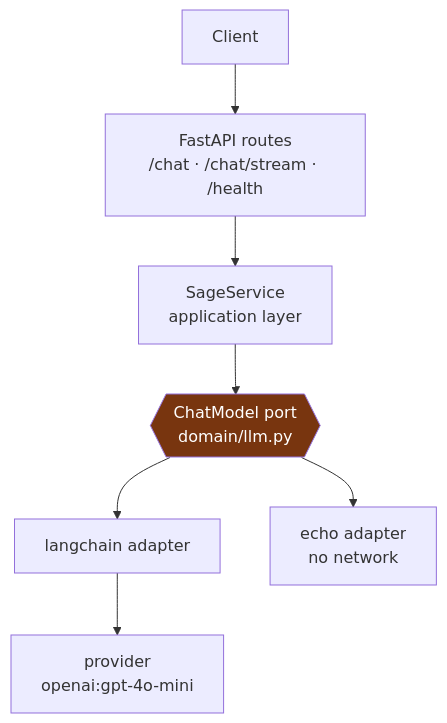
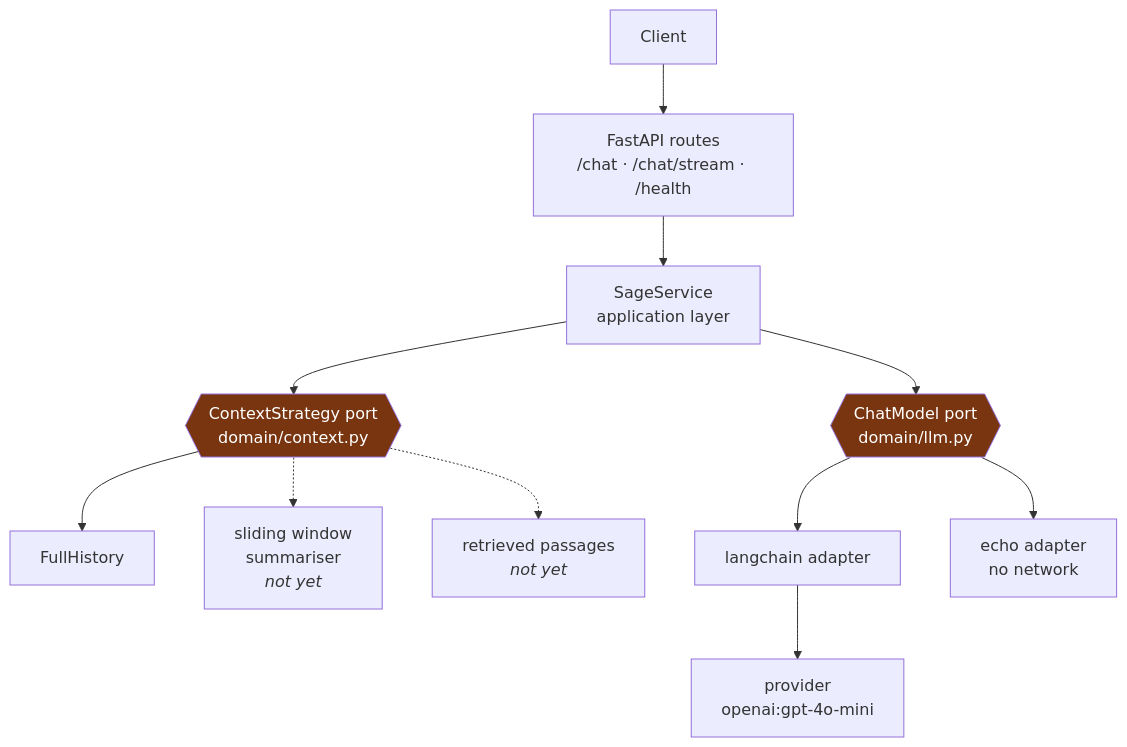
Before and after one commit to awaisshahid965/sage: the diagram in README.md, drawn with Mermaid. The commit also changed other lines of this file and 11 other files, not shown here.

Commit message:
feat: make chat multi-turn behind a context strategy port

````diff
--- a/README.md
+++ b/README.md
@@ -27,11 +28,18 @@
 ```mermaid
 flowchart TB
     C["Client"] --> API["FastAPI routes<br/>/chat · /chat/stream · /health"]
     API --> SVC["SageService<br/>application layer"]
+
+    SVC --> CTX{{"ContextStrategy port<br/>domain/context.py"}}
+    CTX --> FH["FullHistory"]
+    CTX -.-> SW["sliding window<br/>summariser<br/><i>not yet</i>"]
+    CTX -.-> RP["retrieved passages<br/><i>not yet</i>"]
+
     SVC --> PORT{{"ChatModel port<br/>domain/llm.py"}}
     PORT --> LC["langchain adapter"]
     PORT --> EC["echo adapter<br/>no network"]
     LC --> P["provider<br/>openai:gpt-4o-mini"]
 
     style PORT fill:#78350f,color:#fff
+    style CTX fill:#78350f,color:#fff
 ```
````
